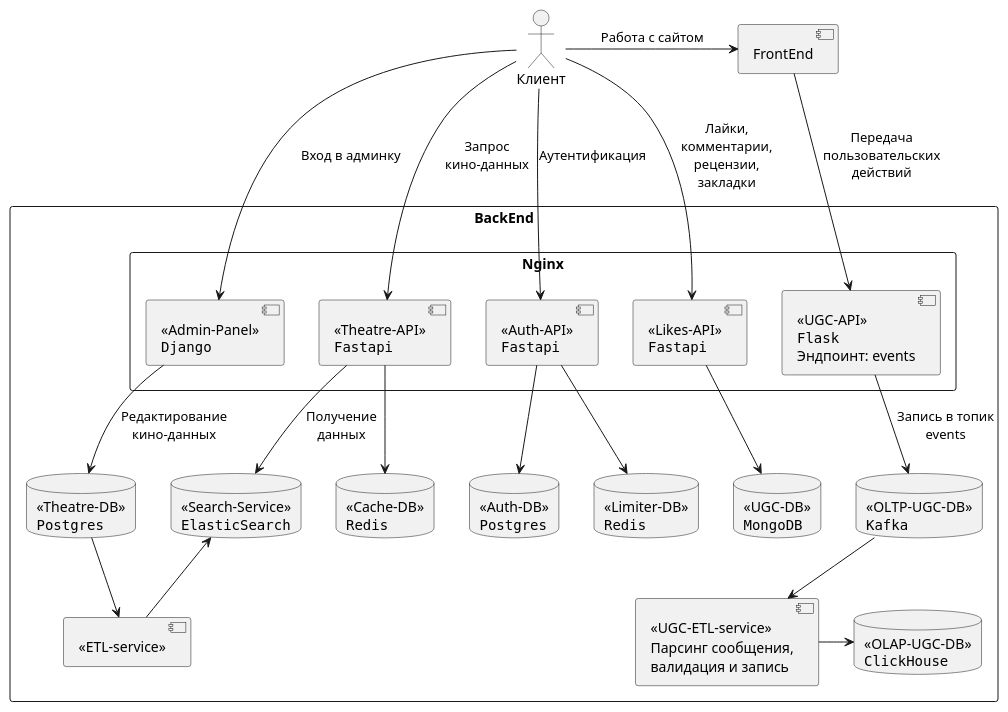
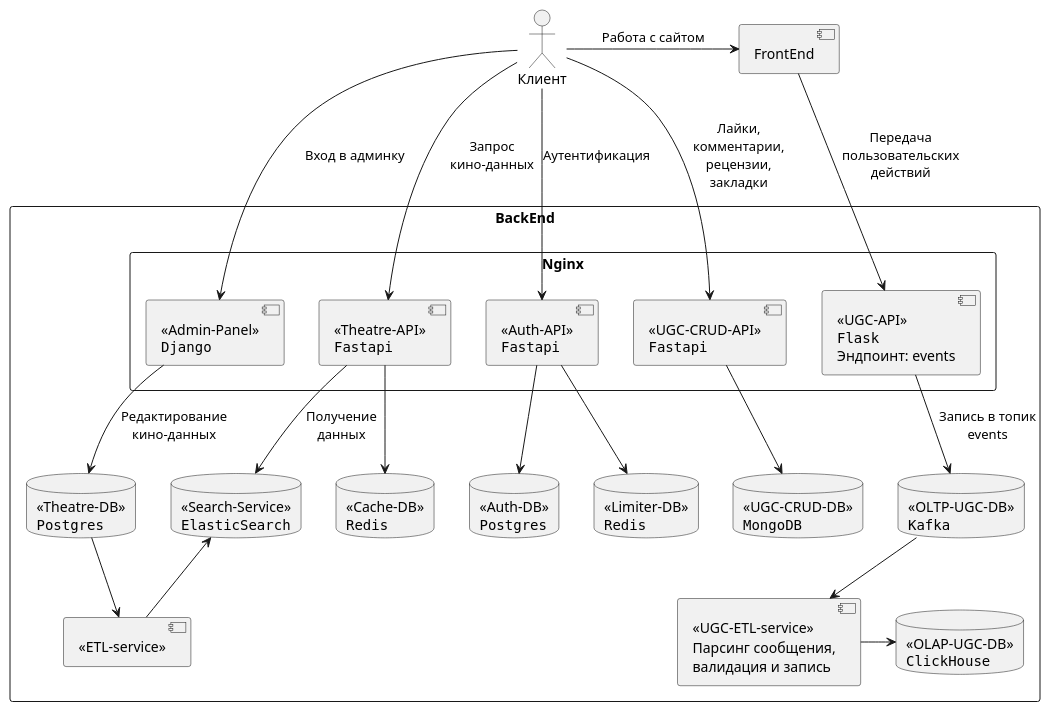
Before and after one commit to Garic-Che/ugc_team_3_sprint_2: the diagram in docs/to_be/main.wsd, drawn with PlantUML. The commit also changed 2 other files, not shown here.

```diff
--- a/docs/to_be/main.wsd
+++ b/docs/to_be/main.wsd
@@ -1,42 +1,42 @@
 @startuml Текущая архитектура
 skinparam componentStyle uml2
 actor Клиент as Client
 component "FrontEnd" as FrontEnd
 rectangle "BackEnd" {
     rectangle "Nginx" as ApiV1 {
         component "<<Admin-Panel>>\n""Django""" as AdminPanel
         component "<<Theatre-API>>\n""Fastapi""" as TheatreApi
         component "<<Auth-API>>\n""Fastapi""" as AuthApi
-        component "<<Likes-API>>\n""Fastapi""" as LikesApi
+        component "<<UGC-CRUD-API>>\n""Fastapi""" as UGC_CRUD_API
         component "<<UGC-API>>\n""Flask""\nЭндпоинт: events" as UGCApi
     }
     component "<<ETL-service>>" as ETLService
     database "<<Search-Service>>\n""ElasticSearch""" as SearchService
     database "<<Cache-DB>>\n""Redis""" as CacheDB
     database "<<Theatre-DB>>\n""Postgres""" as TheatreDB
     database "<<Auth-DB>>\n""Postgres""" as AuthDB
     database "<<Limiter-DB>>\n""Redis""" as LimiterDB
     database "<<OLTP-UGC-DB>>\n""Kafka""" as OLTP_UGC_DB
     database "<<OLAP-UGC-DB>>\n""ClickHouse""" as OLAP_UGC_DB
-    database "<<UGC-DB>>\n""MongoDB""" as UGC_DB
+    database "<<UGC-CRUD-DB>>\n""MongoDB""" as UGC_CRUD_DB
     component "<<UGC-ETL-service>>\nПарсинг сообщения,\nвалидация и запись" as UGC_ETL
 }
 
 Client -down-> AdminPanel: Вход в админку
 Client -down-> TheatreApi: Запрос\nкино-данных
 Client -down-> AuthApi: Аутентификация
-Client -down-> LikesApi: Лайки,\nкомментарии,\nрецензии,\nзакладки
+Client -down-> UGC_CRUD_API: Лайки,\nкомментарии,\nрецензии,\nзакладки
 Client -> FrontEnd: Работа с сайтом
 FrontEnd -down-> UGCApi: Передача\nпользовательских\nдействий
 TheatreApi -down-> SearchService: Получение\nданных
 TheatreApi -down-> CacheDB
 AdminPanel -down-> TheatreDB: Редактирование\nкино-данных
 AuthApi -down-> AuthDB
 AuthApi -down-> LimiterDB
 TheatreDB -down-> ETLService
 ETLService -up-> SearchService
 UGCApi -down-> OLTP_UGC_DB: Запись в топик\nevents
-LikesApi -down-> UGC_DB
+UGC_CRUD_API -down-> UGC_CRUD_DB
 OLTP_UGC_DB -down-> UGC_ETL
 UGC_ETL -right-> OLAP_UGC_DB
 @enduml
```
